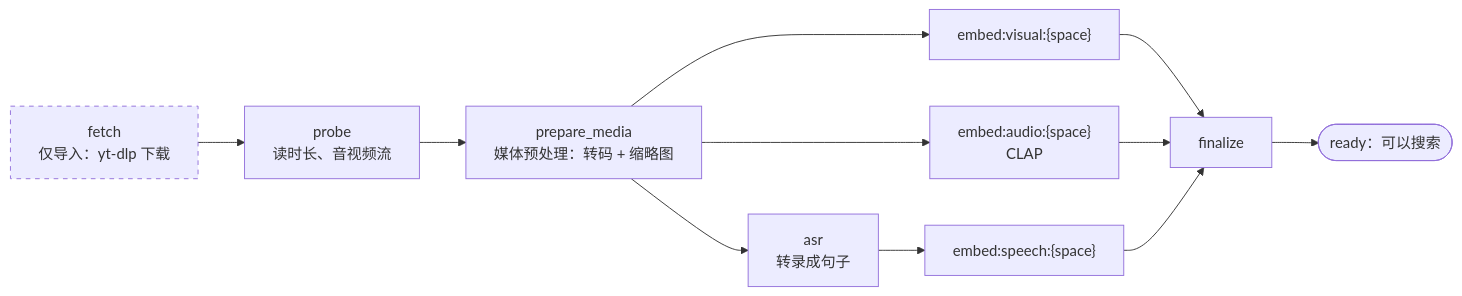
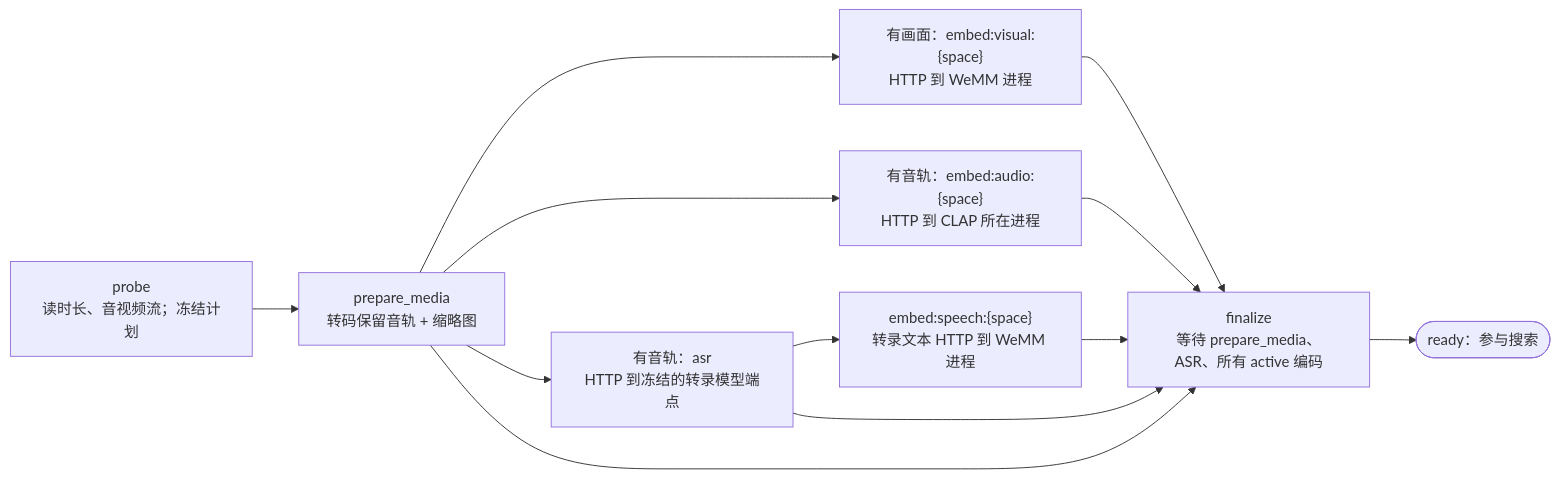
Before and after one commit to realOzine/videohelper: the eighth of 19 diagrams in docs/design.md, drawn with Mermaid. The commit also changed other lines of this file, not shown here.

Commit message:
docs: align design diagrams with model plugins

````diff
--- a/docs/design.md
+++ b/docs/design.md
@@ -435,14 +450,14 @@
 ```mermaid
 flowchart LR
-  F["fetch<br/>仅导入：yt-dlp 下载"]:::opt --> PR["probe<br/>读时长、音视频流"]
-  PR --> PM["prepare_media<br/>媒体预处理：转码 + 缩略图"]
-  PM --> V["embed:visual:{space}"]
-  PM --> AU["embed:audio:{space}<br/>CLAP"]
-  PM --> ASR["asr<br/>转录成句子"]
-  ASR --> SP["embed:speech:{space}"]
-  V --> FIN["finalize"]
+  PR["probe<br/>读时长、音视频流；冻结计划"] --> PM["prepare_media<br/>转码保留音轨 + 缩略图"]
+  PM --> V["有画面：embed:visual:{space}<br/>HTTP 到 WeMM 进程"]
+  PM --> AU["有音轨：embed:audio:{space}<br/>HTTP 到 CLAP 所在进程"]
+  PM --> ASR["有音轨：asr<br/>HTTP 到冻结的转录模型端点"]
+  ASR --> SP["embed:speech:{space}<br/>转录文本 HTTP 到 WeMM 进程"]
+  PM --> FIN["finalize<br/>等待 prepare_media、ASR、所有 active 编码"]
+  ASR --> FIN
+  V --> FIN
   AU --> FIN
   SP --> FIN
-  FIN --> RDY(["ready：可以搜索"])
-  classDef opt stroke-dasharray: 5 5
+  FIN --> RDY(["ready：参与搜索"])
 ```
````
